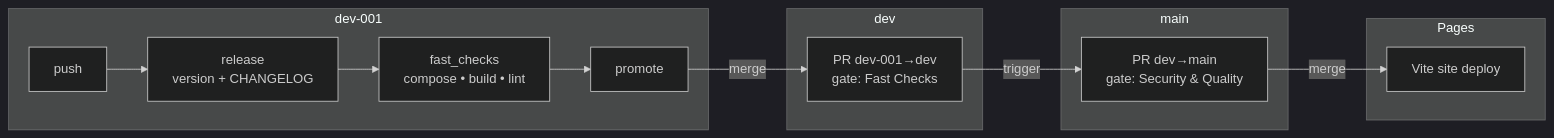
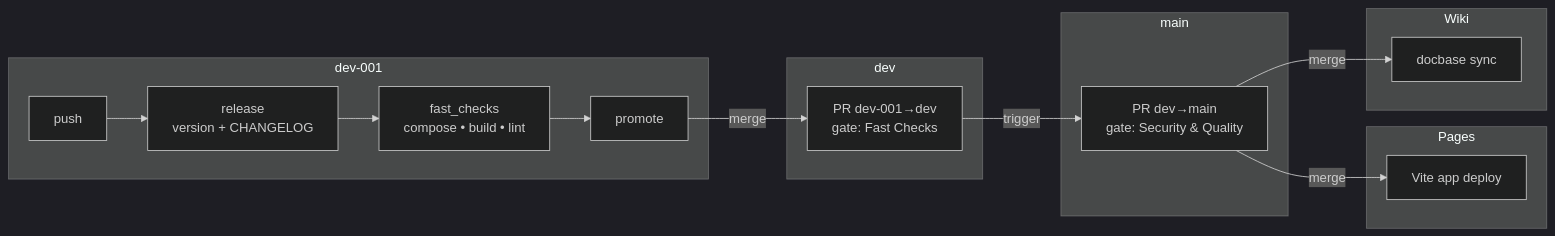
One commit to Mcc-Mak/opencode-workflow-demo changed the first of 2 diagrams in README.md. Above: the diagram before and after it, drawn with Mermaid (dark theme). The commit also changed other lines of this file and 29 other files, not shown here.

First line of the commit message:
feat: deploy codebase to Pages, docbase to Wiki (0.4.0)

````diff
--- a/README.md
+++ b/README.md
@@ -17,18 +16,22 @@
 ```mermaid
 flowchart LR
   subgraph dev001["dev-001"]
     PUSH["push"] --> RELEASE["release\nversion + CHANGELOG"]
     RELEASE --> FAST["fast_checks\ncompose • build • lint"]
     FAST --> PROMOTE["promote"]
   end
   subgraph dev["dev"]
     PR1["PR dev-001→dev\ngate: Fast Checks"]
   end
   subgraph main["main"]
     PR2["PR dev→main\ngate: Security & Quality"]
   end
   subgraph pages["Pages"]
-    DEPLOY["Vite site deploy"]
+    DEPLOY["Vite app deploy"]
+  end
+  subgraph wiki["Wiki"]
+    SYNC["docbase sync"]
   end
   PROMOTE -->|merge| PR1 -->|trigger| PR2 -->|merge| DEPLOY
+  PR2 -->|merge| SYNC
 ```
````
